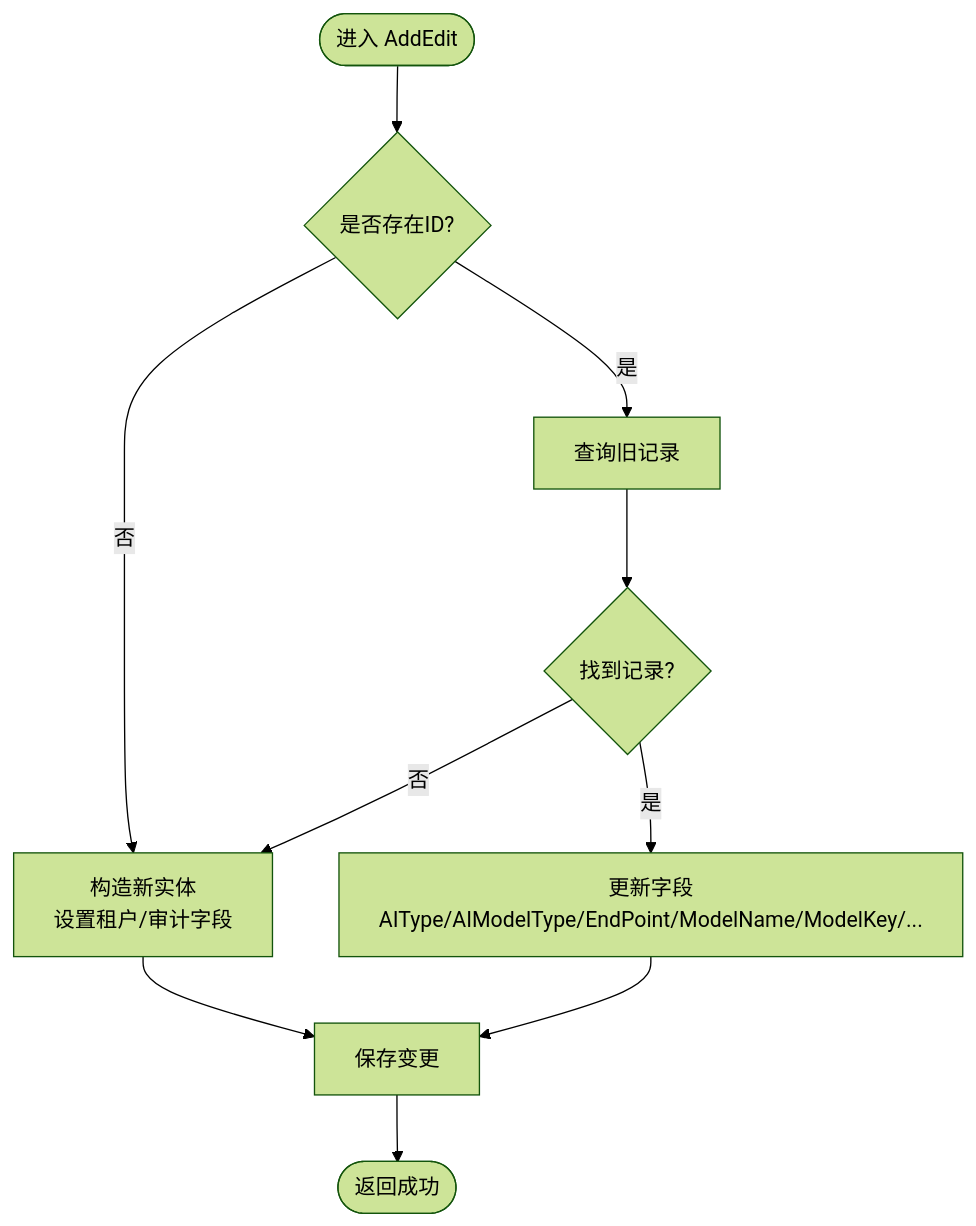
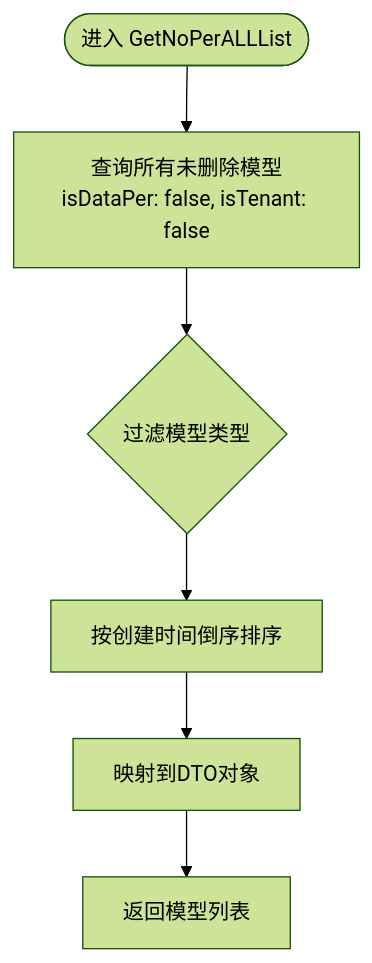
Before and after one commit to junkai-li/NetCoreKevin: the third of 7 diagrams in .qoder/repowiki/zh/content/核心模块/AI智能助手/AI模型管理.md, drawn with Mermaid (forest theme). The commit also changed other lines of this file and 7 other files, not shown here.

````diff
--- a/.qoder/repowiki/zh/content/核心模块/AI智能助手/AI模型管理.md
+++ b/.qoder/repowiki/zh/content/核心模块/AI智能助手/AI模型管理.md
@@ -165,12 +191,8 @@
 ```mermaid
 flowchart TD
-Start(["进入 AddEdit"]) --> CheckId{"是否存在ID?"}
-CheckId --> |否| DoAdd["构造新实体<br/>设置租户/审计字段"]
-CheckId --> |是| FindOld["查询旧记录"]
-FindOld --> Found{"找到记录?"}
-Found --> |否| DoAdd
-Found --> |是| Update["更新字段<br/>AIType/AIModelType/EndPoint/ModelName/ModelKey/..."]
-DoAdd --> Save["保存变更"]
-Update --> Save
-Save --> End(["返回成功"])
+Start(["进入 GetNoPerALLList"]) --> Query["查询所有未删除模型<br/>isDataPer: false, isTenant: false"]
+Query --> Filter{"过滤模型类型"}
+Filter --> Sort["按创建时间倒序排序"]
+Sort --> Map["映射到DTO对象"]
+Map --> Return["返回模型列表"]
 ```
````
